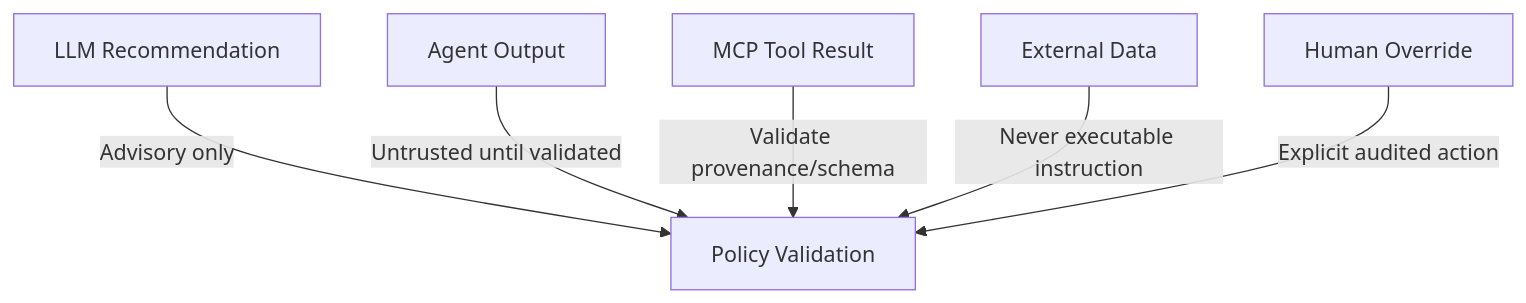
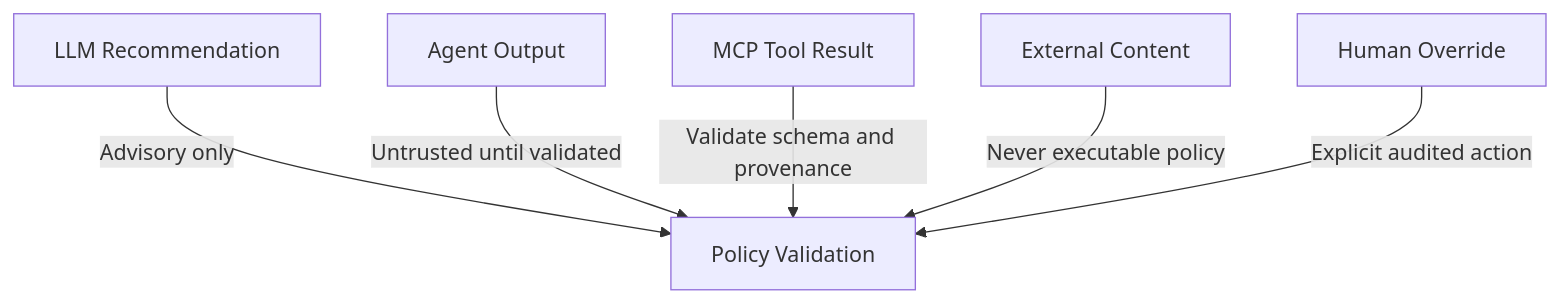
Diagram 14 of 15 in README.md (Manish927/agentic-threat-intelligence), drawn with Mermaid before and after one commit. The commit also changed other lines of this file, not shown here.

Commit message:
docs: refine Agentic Threat Intelligence architecture and README

````diff
--- a/README.md
+++ b/README.md
@@ -556,8 +891,8 @@
 ```mermaid
 flowchart TD
-    A[LLM Recommendation] -->|Advisory only| P[Policy Validation]
-    B[Agent Output] -->|Untrusted until validated| P
-    C[MCP Tool Result] -->|Validate provenance/schema| P
-    D[External Data] -->|Never executable instruction| P
-    E[Human Override] -->|Explicit audited action| P
+    A["LLM Recommendation"] -->|"Advisory only"| P["Policy Validation"]
+    B["Agent Output"] -->|"Untrusted until validated"| P
+    C["MCP Tool Result"] -->|"Validate schema and provenance"| P
+    D["External Content"] -->|"Never executable policy"| P
+    E["Human Override"] -->|"Explicit audited action"| P
 ```
````
